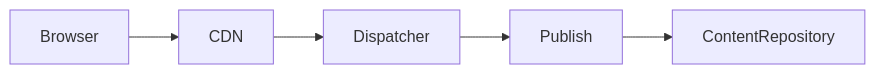
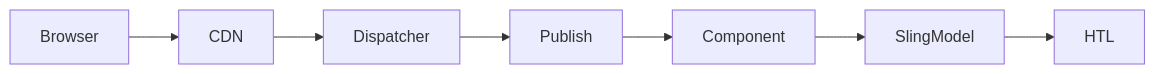
One commit to sumanthkiran91/aem-enterprise-development-showcase changed the diagram in diagrams/aem-request-flow.md. Above: the diagram before and after it, drawn with Mermaid. The commit also changed other lines of this file and 138 other files, not shown here.

````diff
--- a/diagrams/aem-request-flow.md
+++ b/diagrams/aem-request-flow.md
@@ -1,4 +3,4 @@
 ```mermaid
 flowchart LR
-    Browser --> CDN --> Dispatcher --> Publish --> ContentRepository
+Browser --> CDN --> Dispatcher --> Publish --> Component --> SlingModel --> HTL
 ```
````
